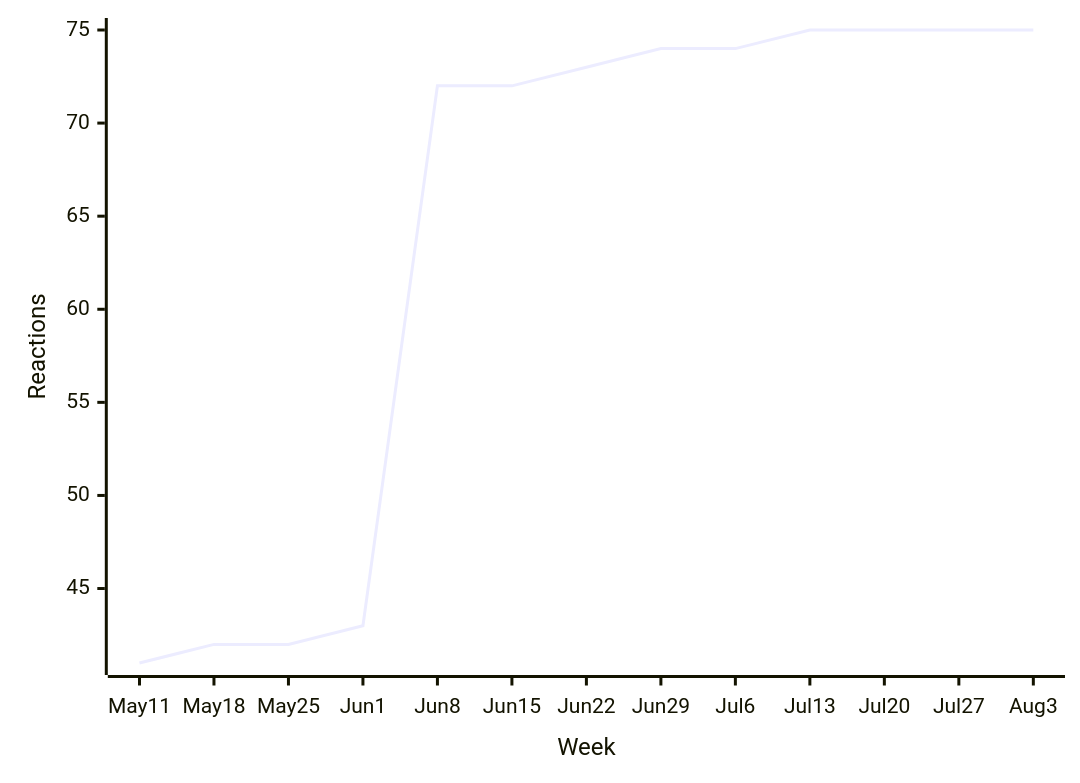
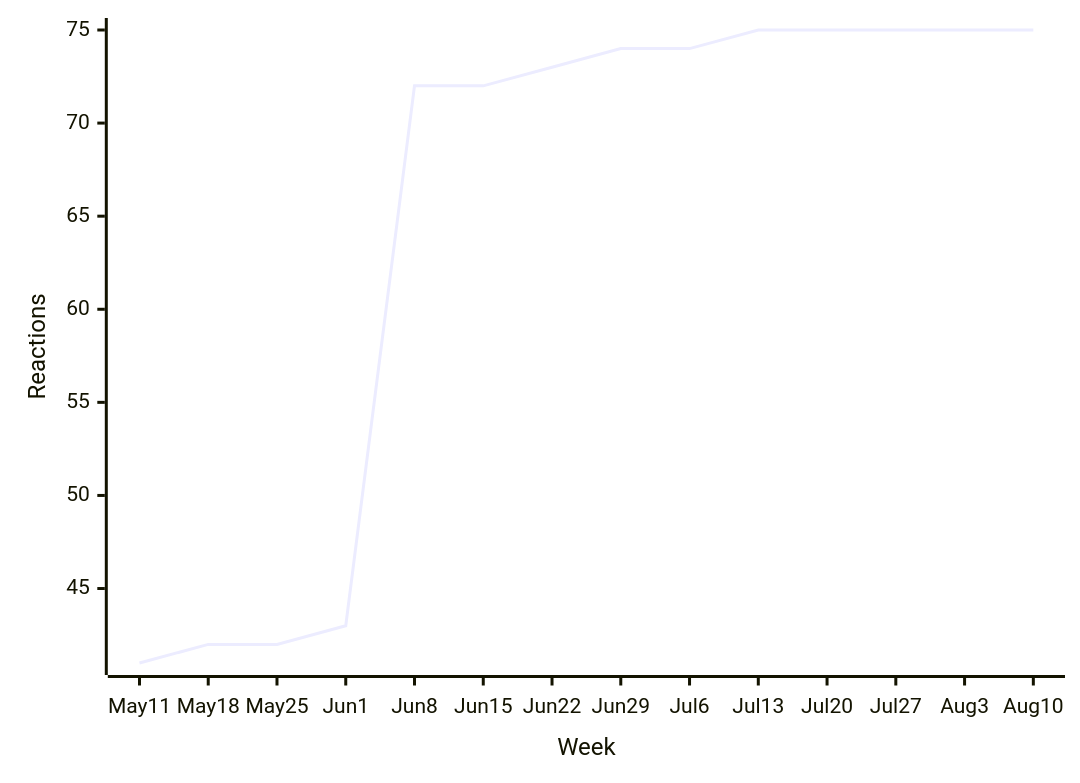
One commit to loic-sharma/github-insights changed the third of 43 diagrams in README.md. Above: the diagram before and after it, drawn with Mermaid. The commit also changed other lines of this file and 3 other files, not shown here.

````diff
--- a/README.md
+++ b/README.md
@@ -373,6 +373,6 @@
   ```mermaid
   xychart-beta
-    x-axis "Week" [May 11, May 18, May 25, Jun 1, Jun 8, Jun 15, Jun 22, Jun 29, Jul 6, Jul 13, Jul 20, Jul 27, Aug 3]
+    x-axis "Week" [May 11, May 18, May 25, Jun 1, Jun 8, Jun 15, Jun 22, Jun 29, Jul 6, Jul 13, Jul 20, Jul 27, Aug 3, Aug 10]
     y-axis "Reactions"
-    line [41, 42, 42, 43, 72, 72, 73, 74, 74, 75, 75, 75, 75]
+    line [41, 42, 42, 43, 72, 72, 73, 74, 74, 75, 75, 75, 75, 75]
   ```
````
